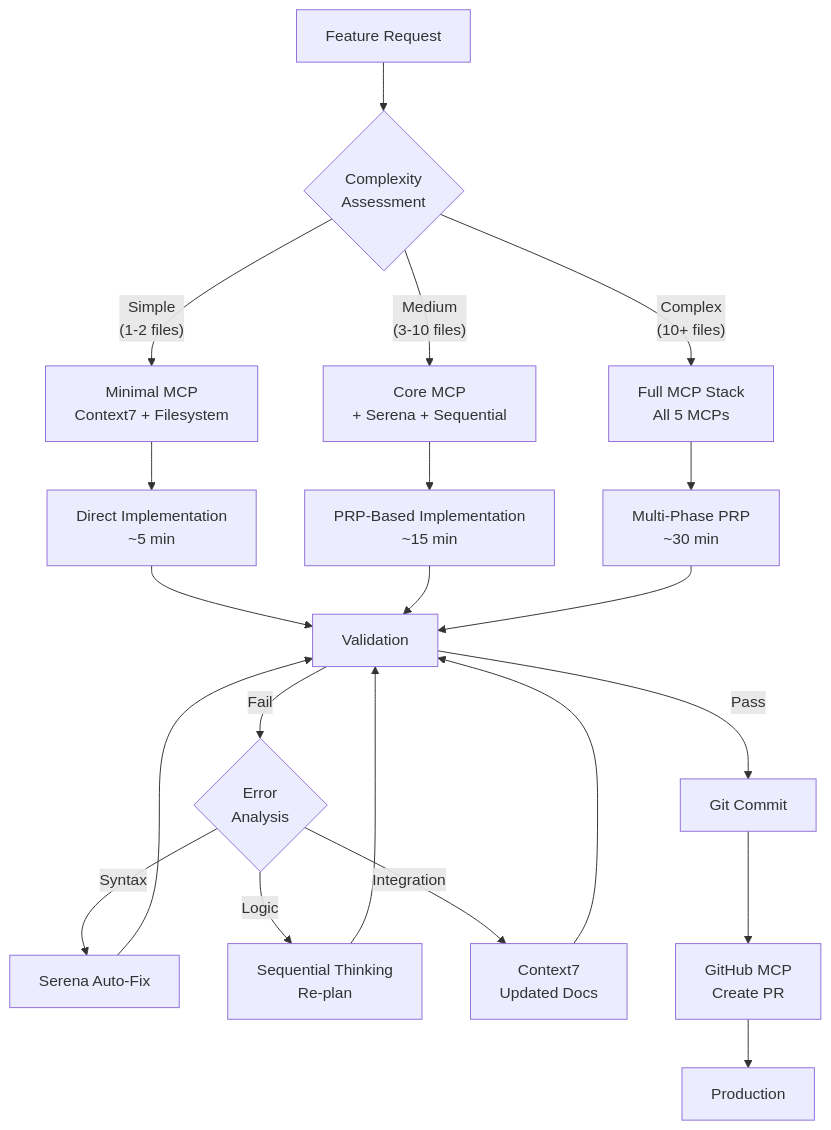
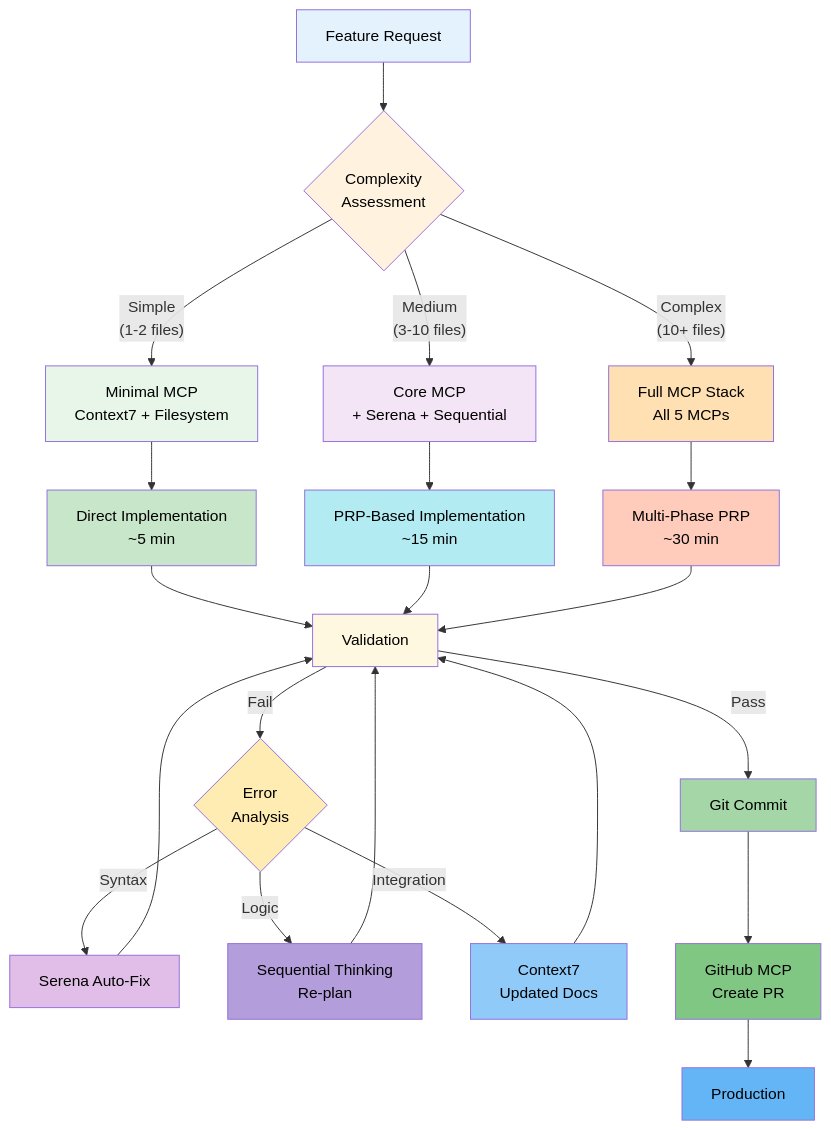
One commit to bprzybys-nc/ctx-eng-plus changed the fifth of 5 diagrams in docs/03-mcp-orchestration.md. Above: the diagram before and after it, drawn with Mermaid. The commit also changed other lines of this file and 8 other files, not shown here.

````diff
--- a/docs/03-mcp-orchestration.md
+++ b/docs/03-mcp-orchestration.md
@@ -414,30 +459,47 @@
 ```mermaid
 graph TD
     A["Feature Request"] --> B{"Complexity<br/>Assessment"}
 
     B -->|"Simple<br/>(1-2 files)"| C["Minimal MCP<br/>Context7 + Filesystem"]
     B -->|"Medium<br/>(3-10 files)"| D["Core MCP<br/>+ Serena + Sequential"]
     B -->|"Complex<br/>(10+ files)"| E["Full MCP Stack<br/>All 5 MCPs"]
 
     C --> F["Direct Implementation<br/>~5 min"]
     D --> G["PRP-Based Implementation<br/>~15 min"]
     E --> H["Multi-Phase PRP<br/>~30 min"]
 
     F --> I["Validation"]
     G --> I
     H --> I
 
     I -->|"Pass"| J["Git Commit"]
     I -->|"Fail"| K{"Error<br/>Analysis"}
 
     K -->|"Syntax"| L["Serena Auto-Fix"]
     K -->|"Logic"| M["Sequential Thinking<br/>Re-plan"]
     K -->|"Integration"| N["Context7<br/>Updated Docs"]
 
     L --> I
     M --> I
     N --> I
 
     J --> O["GitHub MCP<br/>Create PR"]
     O --> P["Production"]
+
+    style A fill:#e3f2fd,color:#000
+    style B fill:#fff3e0,color:#000
+    style C fill:#e8f5e9,color:#000
+    style D fill:#f3e5f5,color:#000
+    style E fill:#ffe0b2,color:#000
+    style F fill:#c8e6c9,color:#000
+    style G fill:#b2ebf2,color:#000
+    style H fill:#ffccbc,color:#000
+    style I fill:#fff8e1,color:#000
+    style J fill:#a5d6a7,color:#000
+    style K fill:#ffecb3,color:#000
+    style L fill:#e1bee7,color:#000
+    style M fill:#b39ddb,color:#000
+    style N fill:#90caf9,color:#000
+    style O fill:#81c784,color:#000
+    style P fill:#64b5f6,color:#000
 ```
````
